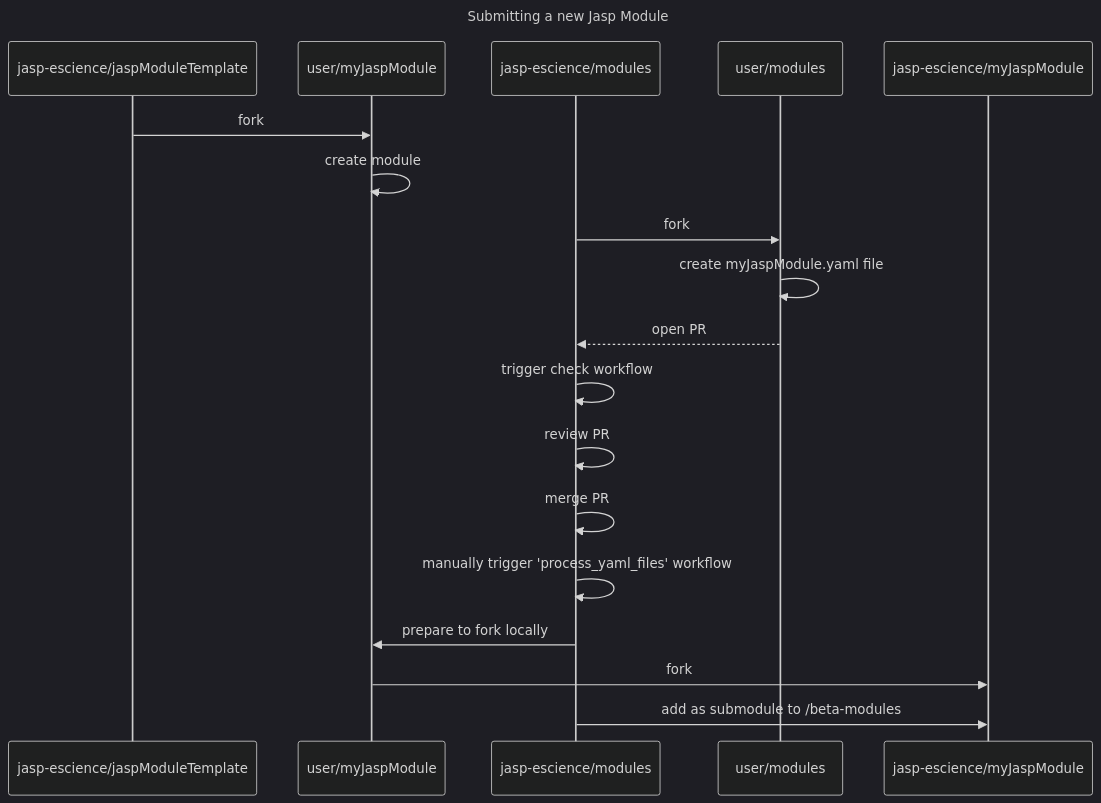
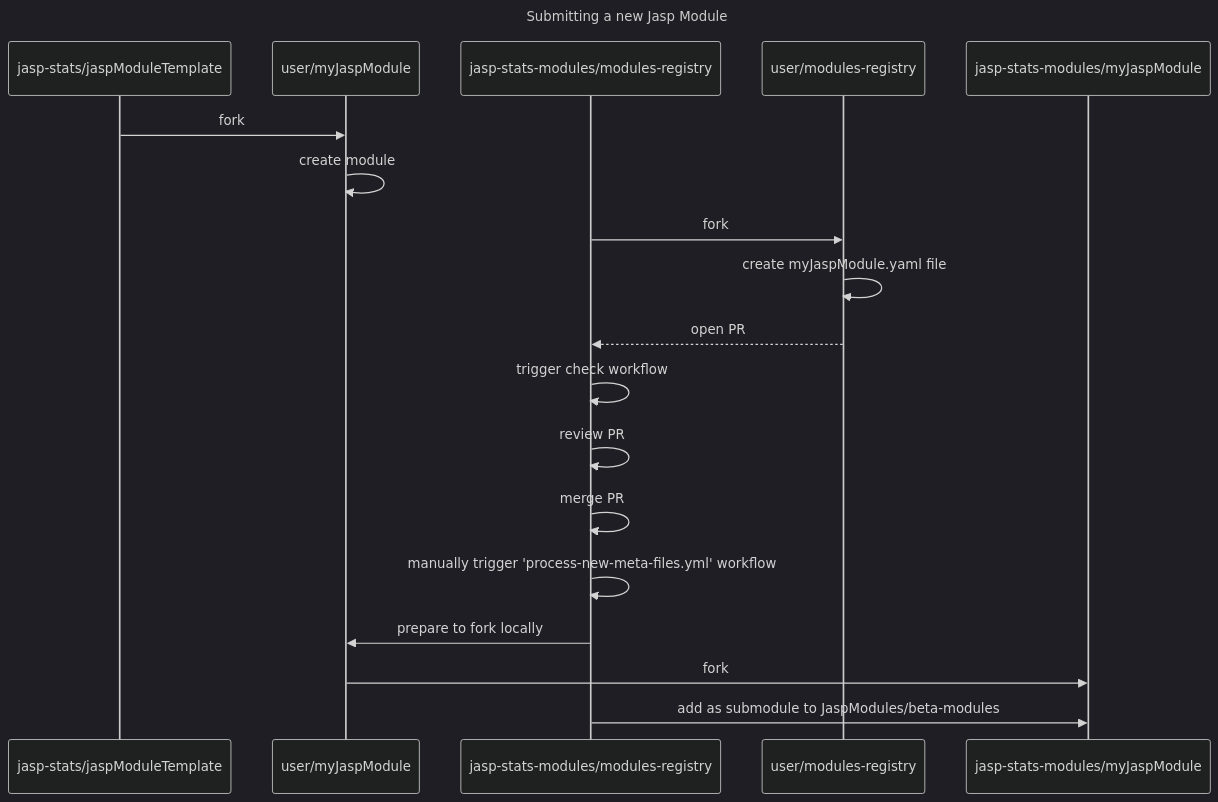
The diagram in README.dev.md (jasp-stats-modules/modules-registry), drawn with Mermaid (dark theme) before and after one commit. The commit also changed other lines of this file, not shown here.

Commit message:
diagram update

````diff
--- a/README.dev.md
+++ b/README.dev.md
@@ -17,24 +18,24 @@
 ```mermaid
 sequenceDiagram
     title Submitting a new Jasp Module
 
-    participant JaspTemplate as jasp-escience/jaspModuleTemplate
+    participant JaspTemplate as jasp-stats/jaspModuleTemplate
     participant UserModule as user/myJaspModule
-    participant JaspModules as jasp-escience/modules
-    participant UserModules as user/modules
-    participant JaspMyModule as jasp-escience/myJaspModule
+    participant JaspModules as jasp-stats-modules/modules-registry
+    participant UserModules as user/modules-registry
+    participant JaspMyModule as jasp-stats-modules/myJaspModule
 
     JaspTemplate->>UserModule: fork
     UserModule->>UserModule: create module
     JaspModules->>UserModules: fork
     UserModules->>UserModules: create myJaspModule.yaml file
     UserModules-->>JaspModules: open PR
     JaspModules->>JaspModules: trigger check workflow
     JaspModules->>JaspModules: review PR
     JaspModules->>JaspModules: merge PR
-    JaspModules->>JaspModules: manually trigger 'process_yaml_files' workflow
+    JaspModules->>JaspModules: manually trigger 'process-new-meta-files.yml' workflow
     JaspModules->>UserModule: prepare to fork locally
     UserModule->>JaspMyModule: fork
-    JaspModules->>JaspMyModule: add as submodule to /beta-modules
+    JaspModules->>JaspMyModule: add as submodule to JaspModules/beta-modules
 
 ```
````
